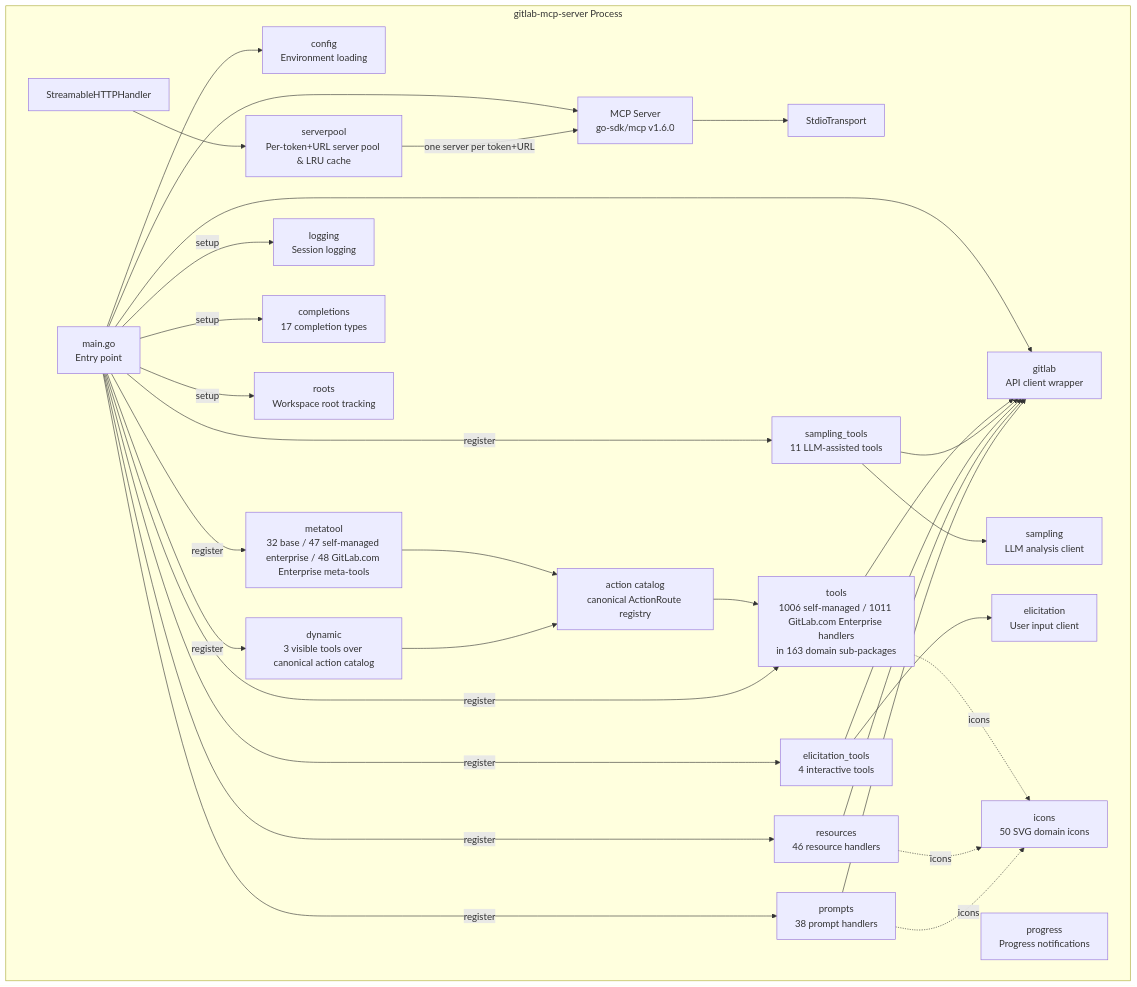
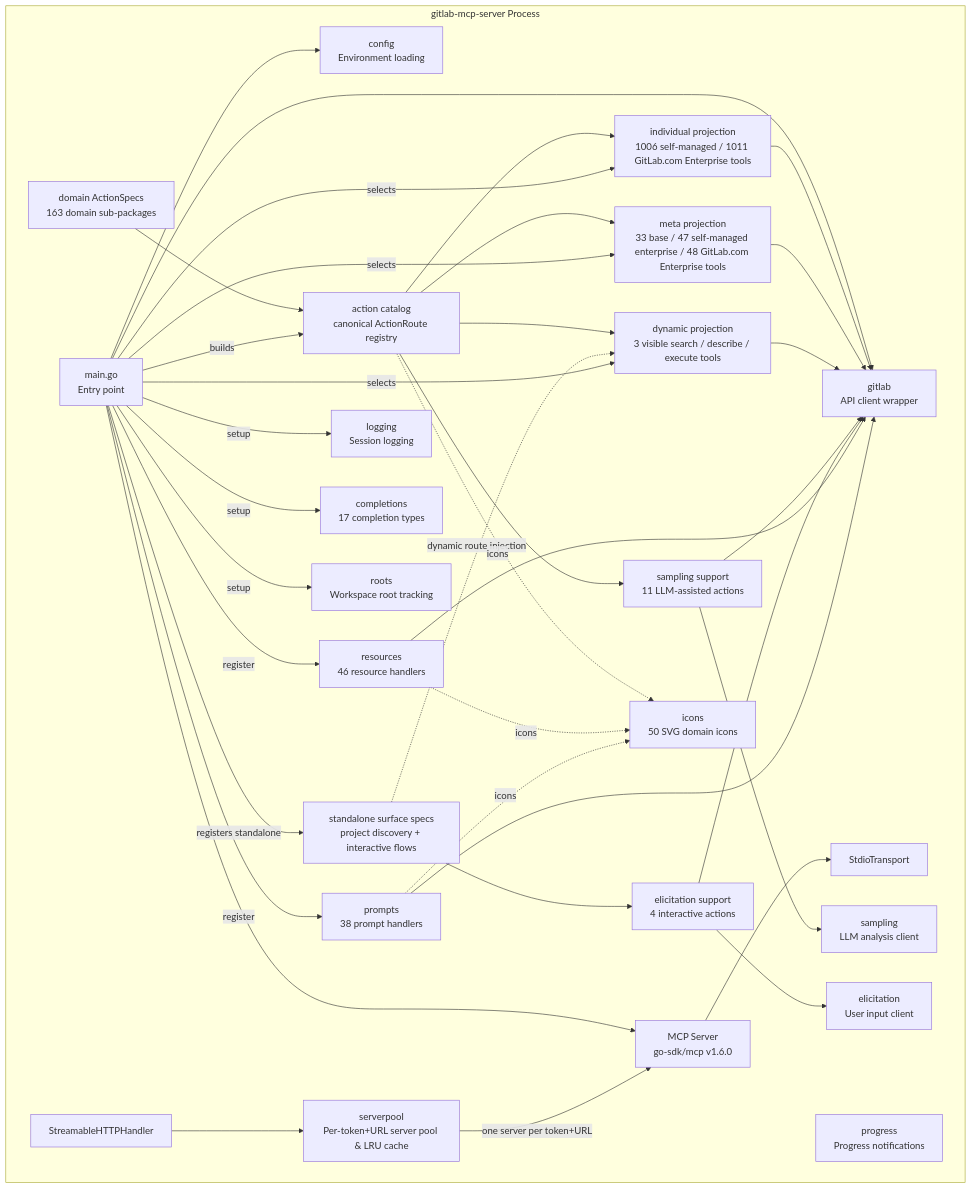
Before and after one commit to jmrplens/gitlab-mcp-server: the third of 11 diagrams in docs/architecture.md, drawn with Mermaid. The commit also changed other lines of this file and 1137 other files, not shown here.

````diff
--- a/docs/architecture.md
+++ b/docs/architecture.md
@@ -64,57 +64,65 @@
 ```mermaid
 graph TD
     subgraph "gitlab-mcp-server Process"
         MAIN[main.go<br/>Entry point]
         CFG[config<br/>Environment loading]
         GL[gitlab<br/>API client wrapper]
-        TOOLS[tools<br/>1006 self-managed / 1011 GitLab.com Enterprise handlers<br/>in 163 domain sub-packages]
+        SPECS[domain ActionSpecs<br/>163 domain sub-packages]
         CATALOG[action catalog<br/>canonical ActionRoute registry]
-        META[metatool<br/>32 base / 47 self-managed enterprise / 48 GitLab.com Enterprise meta-tools]
-        DYN[dynamic<br/>3 visible tools over canonical action catalog]
-        SAMP[sampling_tools<br/>11 LLM-assisted tools]
-        ELIC[elicitation_tools<br/>4 interactive tools]
+        STANDALONE[standalone surface specs<br/>project discovery + interactive flows]
+        IND[individual projection<br/>1006 self-managed / 1011 GitLab.com Enterprise tools]
+        META[meta projection<br/>33 base / 47 self-managed enterprise / 48 GitLab.com Enterprise tools]
+        DYN[dynamic projection<br/>3 visible search / describe / execute tools]
+        SAMP[sampling support<br/>11 LLM-assisted actions]
+        ELIC[elicitation support<br/>4 interactive actions]
         RES[resources<br/>46 resource handlers]
         PROMPTS[prompts<br/>38 prompt handlers]
         LOG[logging<br/>Session logging]
         COMP[completions<br/>17 completion types]
         ROOTS[roots<br/>Workspace root tracking]
         PROG[progress<br/>Progress notifications]
         SAMPLING[sampling<br/>LLM analysis client]
         ELICIT[elicitation<br/>User input client]
         ICN[icons<br/>50 SVG domain icons]
         SRV[MCP Server<br/>go-sdk/mcp v1.6.0]
         STDIO[StdioTransport]
         HTTP[StreamableHTTPHandler]
         POOL[serverpool<br/>Per-token+URL server pool & LRU cache]
     end
 
     MAIN --> CFG
     MAIN --> GL
     MAIN --> SRV
     SRV --> STDIO
     HTTP --> POOL
     POOL -->|one server per token+URL| SRV
-    TOOLS --> GL
-    META --> CATALOG
-    DYN --> CATALOG
-    CATALOG --> TOOLS
+    SPECS --> CATALOG
+    CATALOG --> IND
+    CATALOG --> META
+    CATALOG --> DYN
+    CATALOG --> SAMP
+    STANDALONE --> ELIC
+    STANDALONE -.->|dynamic route injection| DYN
+    IND --> GL
+    META --> GL
+    DYN --> GL
     SAMP --> GL
+    ELIC --> GL
     SAMP --> SAMPLING
     ELIC --> ELICIT
-    ELIC --> GL
     RES --> GL
     PROMPTS --> GL
-    MAIN -->|register| TOOLS
-    MAIN -->|register| META
-    MAIN -->|register| DYN
-    MAIN -->|register| SAMP
-    MAIN -->|register| ELIC
+    MAIN -->|builds| CATALOG
+    MAIN -->|selects| IND
+    MAIN -->|selects| META
+    MAIN -->|selects| DYN
+    MAIN -->|registers standalone| STANDALONE
     MAIN -->|register| RES
     MAIN -->|register| PROMPTS
-    TOOLS -.->|icons| ICN
+    CATALOG -.->|icons| ICN
     RES -.->|icons| ICN
     PROMPTS -.->|icons| ICN
     MAIN -->|setup| LOG
     MAIN -->|setup| COMP
     MAIN -->|setup| ROOTS
 ```
````
